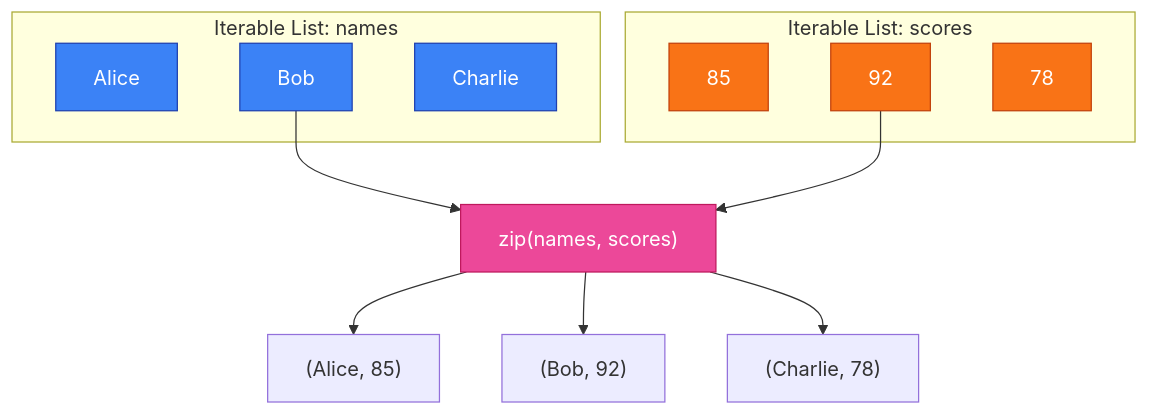
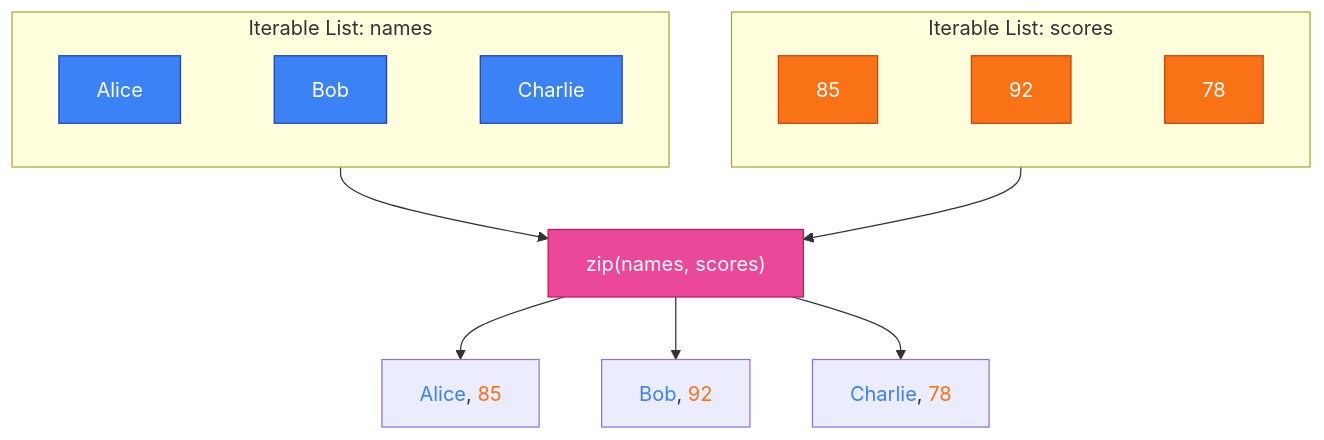
The diagram in docs/chapter-5.md (vkailas/poignant-guide-python), drawn with Mermaid before and after one commit. The commit also changed other lines of this file and 3 other files, not shown here.

````diff
--- a/docs/chapter-5.md
+++ b/docs/chapter-5.md
@@ -1714,31 +1696,39 @@
 ```mermaid
 flowchart TD
-    subgraph names["Iterable List: names"]
+    subgraph N["Iterable List: names"]
+        direction LR
         names0["Alice"]
         names1["Bob"]
         names2["Charlie"]
+
+        names0 ~~~ names1
+        names1 ~~~ names2
     end
 
-    subgraph scores["Iterable List: scores"]
+    subgraph S["Iterable List: scores"]
+        direction LR
         scores0[85]
         scores1[92]
         scores2[78]
+
+        scores0 ~~~ scores1
+        scores1 ~~~ scores2
     end
 
     Z["zip(names, scores)"]
 
-    names1 --> Z
-    scores1 --> Z
+    N --> Z
+    S --> Z
 
-    Z --> P1["(Alice, 85)"]
-    Z --> P2["(Bob, 92)"]
-    Z --> P3["(Charlie, 78)"]
+    Z --> P1["<span style='color:#3b82f6'>Alice</span>, <span style='color:#f97316'>85</span>"]
+    Z --> P2["<span style='color:#3b82f6'>Bob</span>, <span style='color:#f97316'>92</span>"]
+    Z --> P3["<span style='color:#3b82f6'>Charlie</span>, <span style='color:#f97316'>78</span>"]
 
     classDef input fill:#3b82f6,color:#fff,stroke:#1e40af;
     classDef output fill:#f97316,color:#fff,stroke:#c2410c;
     classDef zipbox fill:#ec4899,color:#fff,stroke:#be185d;
 
     class names0,names1,names2 input;
     class scores0,scores1,scores2 output;
     class Z zipbox;
 ```
````
